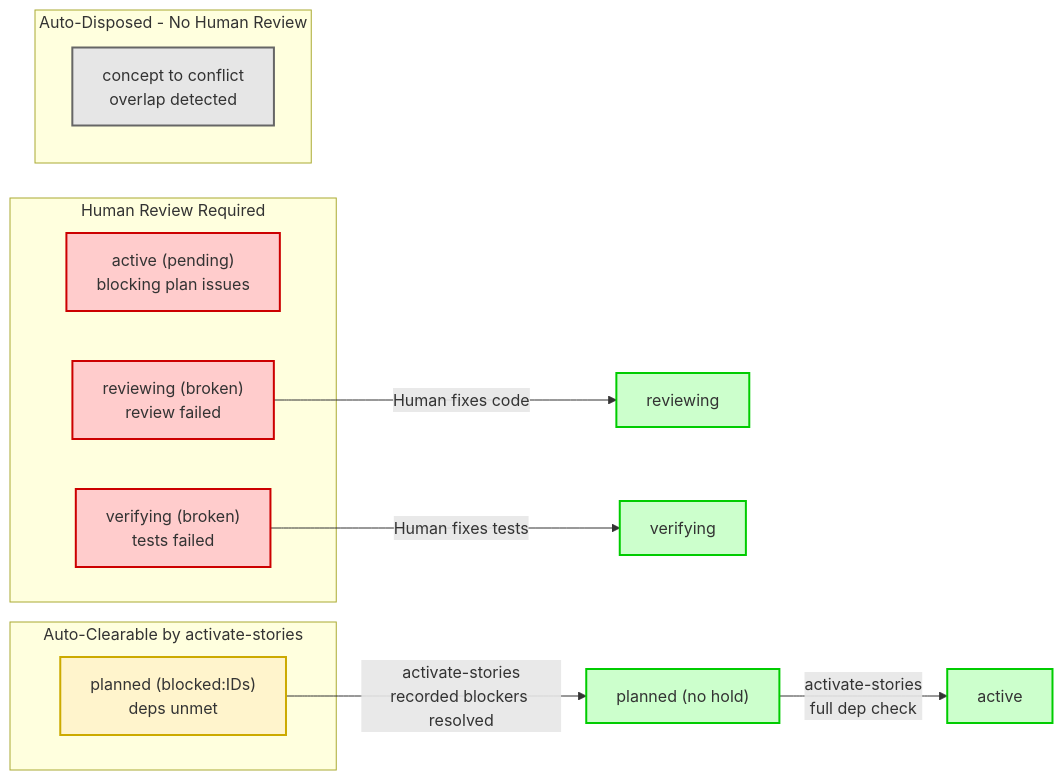
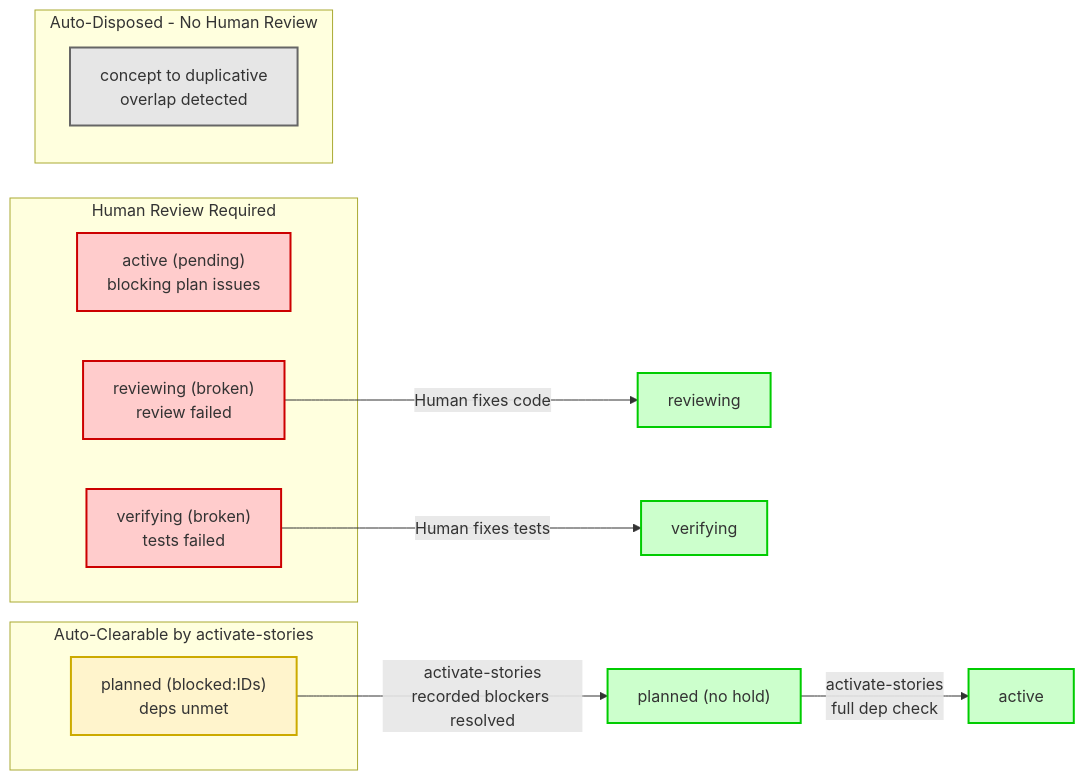
The third of 4 diagrams in .claude/skills/story-tree/references/orchestrator-workflow-complete.md (Mharbulous/SyncoPaid), drawn with Mermaid before and after one commit. The commit also changed other lines of this file and 10 other files, not shown here.

First line of the commit message:
refactor: rename disposition 'conflict' to 'duplicative', add hold_reason 'conflict'

````diff
--- a/.claude/skills/story-tree/references/orchestrator-workflow-complete.md
+++ b/.claude/skills/story-tree/references/orchestrator-workflow-complete.md
@@ -316,37 +316,37 @@
 ```mermaid
 flowchart LR
     subgraph HUMAN["Human Review Required"]
         H2["active (pending)<br/>blocking plan issues"]
         H3["reviewing (broken)<br/>review failed"]
         H4["verifying (broken)<br/>tests failed"]
     end
 
     subgraph AUTO["Auto-Clearable by activate-stories"]
         A1["planned (blocked:IDs)<br/>deps unmet"]
     end
 
     subgraph DISPOSE["Auto-Disposed - No Human Review"]
-        C1["concept to conflict<br/>overlap detected"]
+        C1["concept to duplicative<br/>overlap detected"]
     end
 
     H3_CLEAR["reviewing"]
     H4_CLEAR["verifying"]
     A1_CLEAR["planned (no hold)"]
     A1_ACTIVE["active"]
 
     H3 -->|Human fixes code| H3_CLEAR
     H4 -->|Human fixes tests| H4_CLEAR
 
     A1 -->|activate-stories<br/>recorded blockers resolved| A1_CLEAR
     A1_CLEAR -->|activate-stories<br/>full dep check| A1_ACTIVE
 
     classDef humanHold fill:#ffcccc,stroke:#cc0000,stroke-width:2px
     classDef autoHold fill:#fff4cc,stroke:#ccaa00,stroke-width:2px
     classDef disposed fill:#e6e6e6,stroke:#666666,stroke-width:2px
     classDef cleared fill:#ccffcc,stroke:#00cc00,stroke-width:2px
 
     class H2,H3,H4 humanHold
     class A1 autoHold
     class C1 disposed
     class H3_CLEAR,H4_CLEAR,A1_CLEAR,A1_ACTIVE cleared
 ```
````
